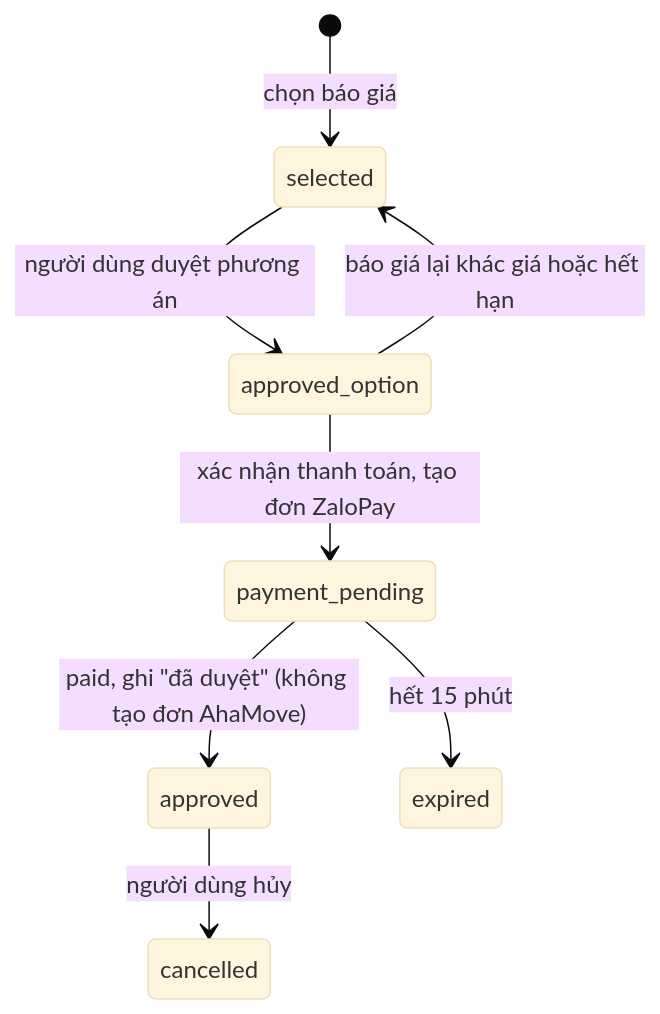
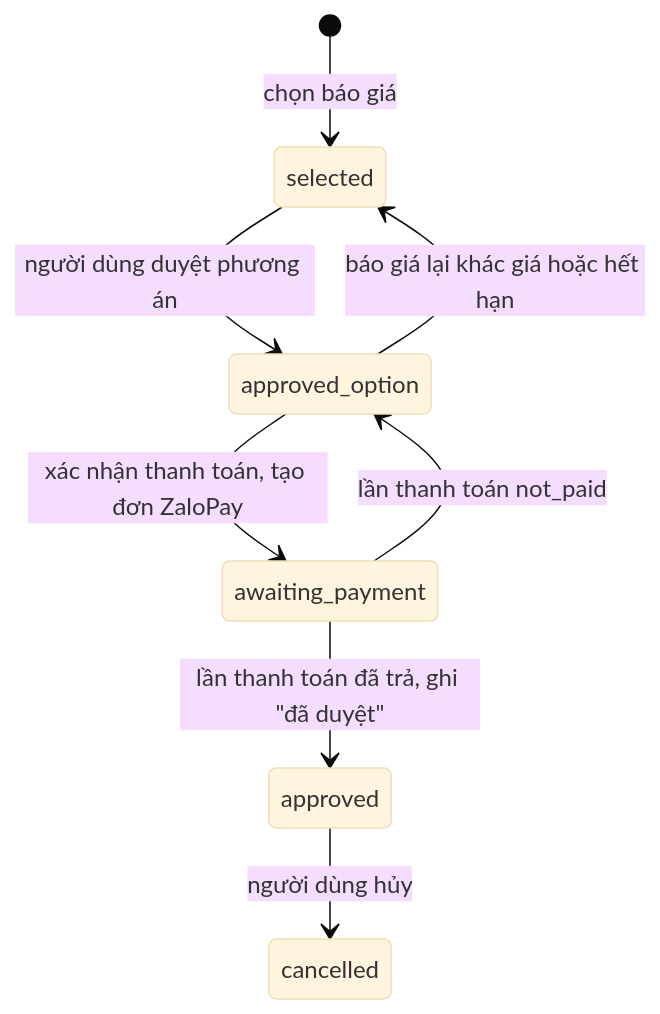
Before and after one commit to the-liems/relohome: the fourth of 5 diagrams in docs/review/payment-design.md, drawn with Mermaid (base theme). The commit also changed other lines of this file and 3 other files, not shown here.

````diff
--- a/docs/review/payment-design.md
+++ b/docs/review/payment-design.md
@@ -285,10 +314,10 @@
 ```mermaid
 stateDiagram-v2
   [*] --> selected: chọn báo giá
   selected --> approved_option: người dùng duyệt phương án
   approved_option --> selected: báo giá lại khác giá hoặc hết hạn
-  approved_option --> payment_pending: xác nhận thanh toán, tạo đơn ZaloPay
-  payment_pending --> approved: paid, ghi "đã duyệt" (không tạo đơn AhaMove)
-  payment_pending --> expired: hết 15 phút
+  approved_option --> awaiting_payment: xác nhận thanh toán, tạo đơn ZaloPay
+  awaiting_payment --> approved: lần thanh toán đã trả, ghi "đã duyệt"
+  awaiting_payment --> approved_option: lần thanh toán not_paid
   approved --> cancelled: người dùng hủy
 ```
````
